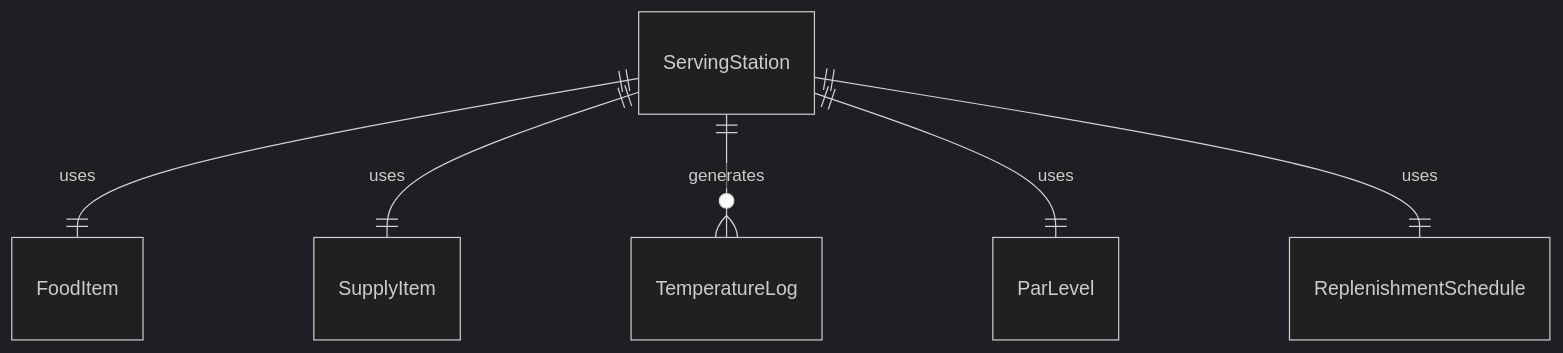
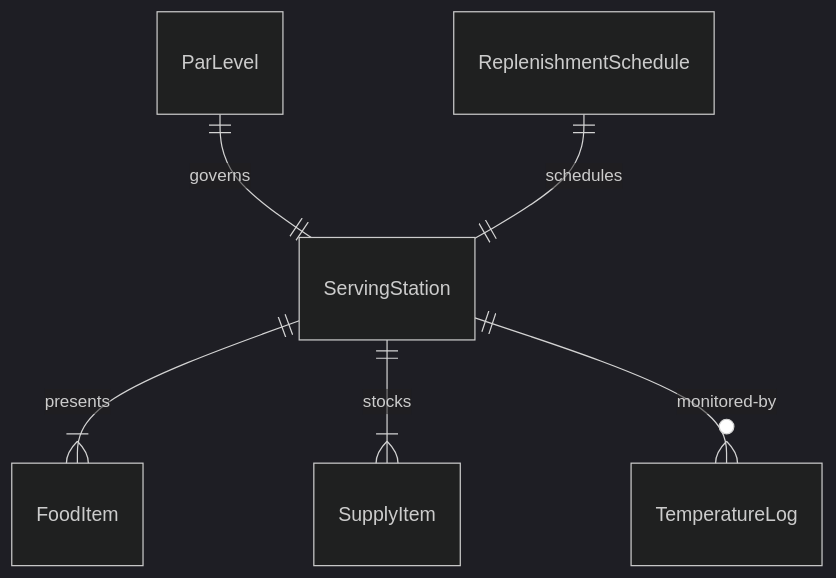
One commit to dot-org-ai/tasks.org.ai changed the first of 4 diagrams in HandlingAndMovingObjects/StockSuppliesOrProducts/StockServingStationsDiningAreas.mdx. Above: the diagram before and after it, drawn with Mermaid (dark theme). The commit also changed other lines of this file and 515 other files, not shown here.

````diff
--- a/HandlingAndMovingObjects/StockSuppliesOrProducts/StockServingStationsDiningAreas.mdx
+++ b/HandlingAndMovingObjects/StockSuppliesOrProducts/StockServingStationsDiningAreas.mdx
@@ -88,8 +88,8 @@
 ```mermaid
 erDiagram
-    ServingStation ||--|| FoodItem : "uses"
-    ServingStation ||--|| SupplyItem : "uses"
-    ServingStation ||--o{ TemperatureLog : "generates"
-    ServingStation ||--|| ParLevel : "uses"
-    ServingStation ||--|| ReplenishmentSchedule : "uses"
+    ServingStation ||--|{ FoodItem : "presents"
+    ServingStation ||--|{ SupplyItem : "stocks"
+    ServingStation ||--o{ TemperatureLog : "monitored-by"
+    ParLevel ||--|| ServingStation : "governs"
+    ReplenishmentSchedule ||--|| ServingStation : "schedules"
 ```
````
